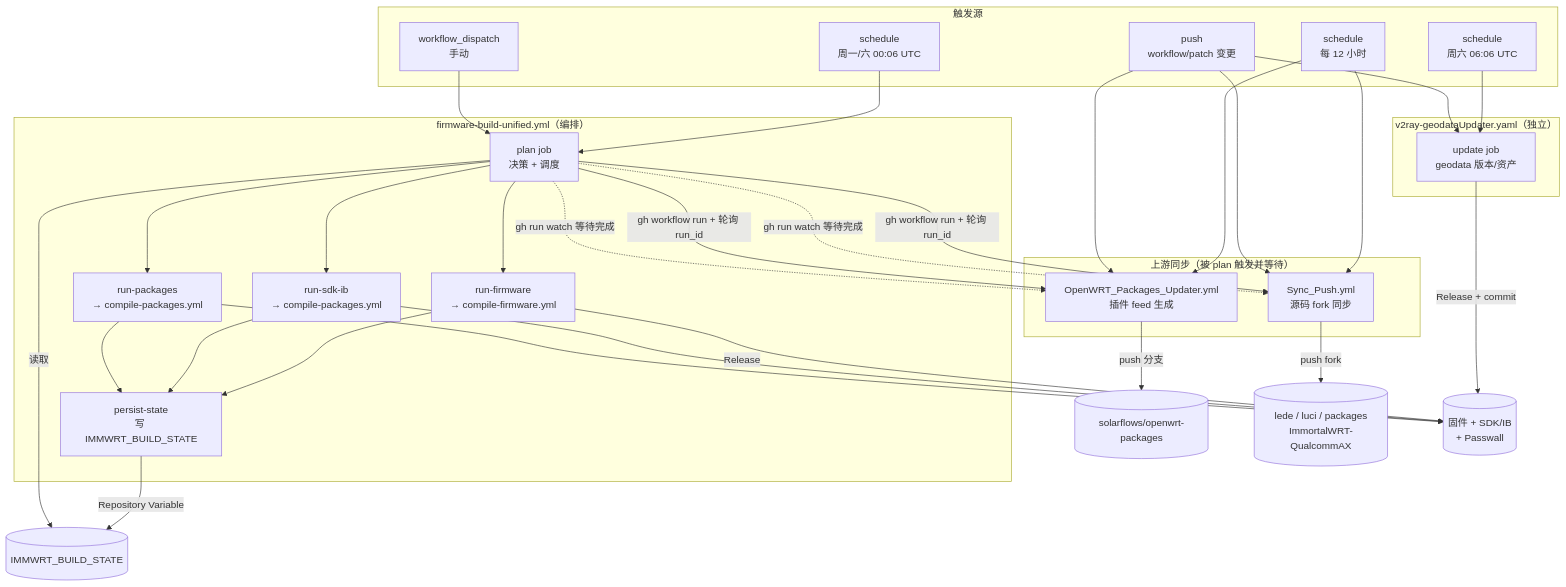
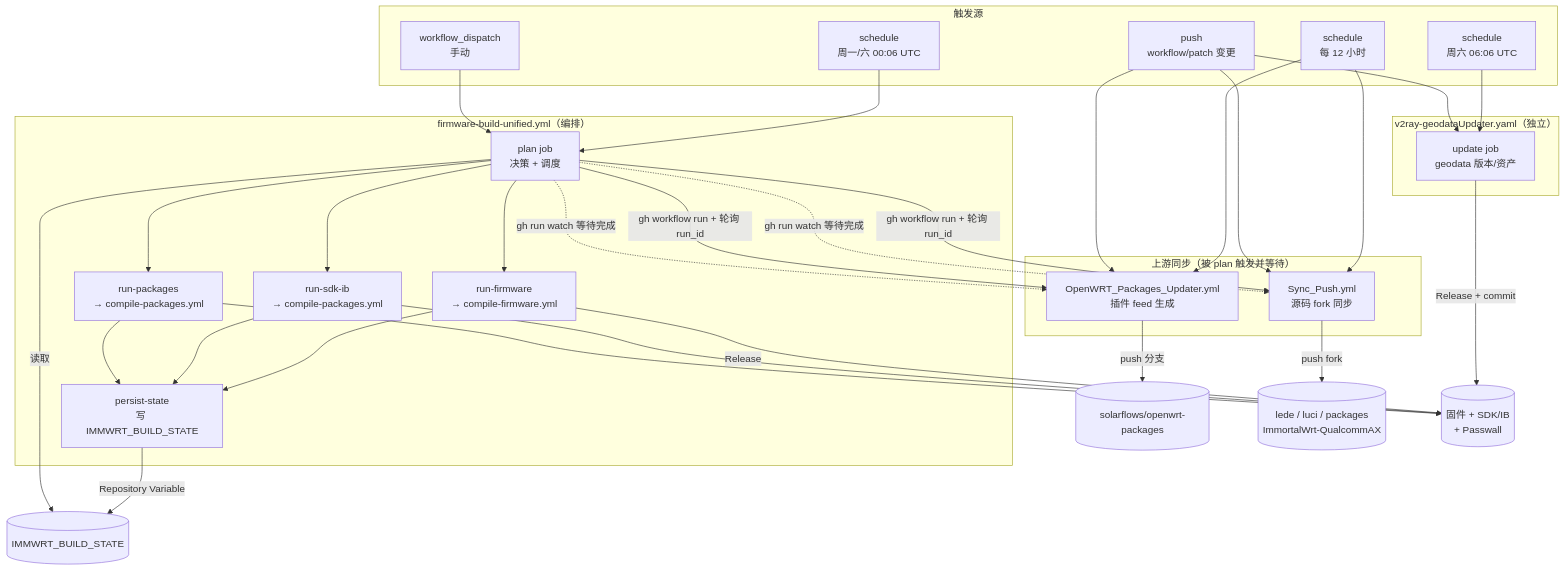
Before and after one commit to solarflows/AutoWorkFlows: the first of 9 diagrams in docs/ci-flow.md, drawn with Mermaid. The commit also changed 1 other file, not shown here.

Commit message:
fix(sync): 修正 solarflows 上游仓库名大小写为 ImmortalWrt-QualcommAX

````diff
--- a/docs/ci-flow.md
+++ b/docs/ci-flow.md
@@ -11,57 +11,57 @@
 ```mermaid
 flowchart TB
     subgraph TRIG["触发源"]
         S1["schedule<br/>周一/六 00:06 UTC"]
         S2["schedule<br/>每 12 小时"]
         S3["schedule<br/>周六 06:06 UTC"]
         M1["workflow_dispatch<br/>手动"]
         P1["push<br/>workflow/patch 变更"]
     end
 
     subgraph ORCH["firmware-build-unified.yml（编排）"]
         PLAN["plan job<br/>决策 + 调度"]
         FW["run-firmware<br/>→ compile-firmware.yml"]
         SIB["run-sdk-ib<br/>→ compile-packages.yml"]
         PKG["run-packages<br/>→ compile-packages.yml"]
         PS["persist-state<br/>写 IMMWRT_BUILD_STATE"]
     end
 
     subgraph UP["上游同步（被 plan 触发并等待）"]
         UPD["OpenWRT_Packages_Updater.yml<br/>插件 feed 生成"]
         SYNC["Sync_Push.yml<br/>源码 fork 同步"]
     end
 
     subgraph GEO["v2ray-geodataUpdater.yaml（独立）"]
         GEODATA["update job<br/>geodata 版本/资产"]
     end
 
     S1 --> PLAN
     M1 --> PLAN
     PLAN -->|"gh workflow run + 轮询 run_id"| UPD
     PLAN -->|"gh workflow run + 轮询 run_id"| SYNC
     PLAN -.->|"gh run watch 等待完成"| UPD
     PLAN -.->|"gh run watch 等待完成"| SYNC
     PLAN --> FW
     PLAN --> SIB
     PLAN --> PKG
     FW --> PS
     SIB --> PS
     PKG --> PS
 
     S2 --> UPD
     S2 --> SYNC
     P1 --> UPD
     P1 --> SYNC
     S3 --> GEODATA
     P1 --> GEODATA
 
     UPD -->|"push 分支"| FEEDREPO[("solarflows/openwrt-packages")]
-    SYNC -->|"push fork"| FORKREPO[("lede / luci / packages<br/>ImmortalWRT-QualcommAX")]
+    SYNC -->|"push fork"| FORKREPO[("lede / luci / packages<br/>ImmortalWrt-QualcommAX")]
     FW -->|"Release"| REL[("固件 + SDK/IB<br/>+ Passwall")]
     SIB --> REL
     PKG --> REL
     GEODATA -->|"Release + commit"| REL
 
     PS -->|"Repository Variable"| VAR[("IMMWRT_BUILD_STATE")]
     PLAN -->|"读取"| VAR
 ```
````
